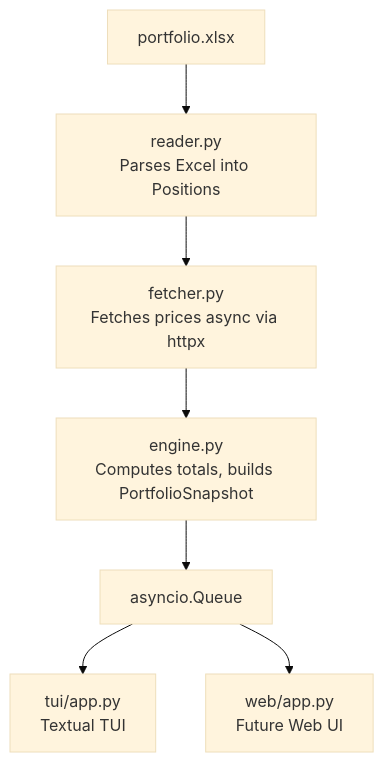
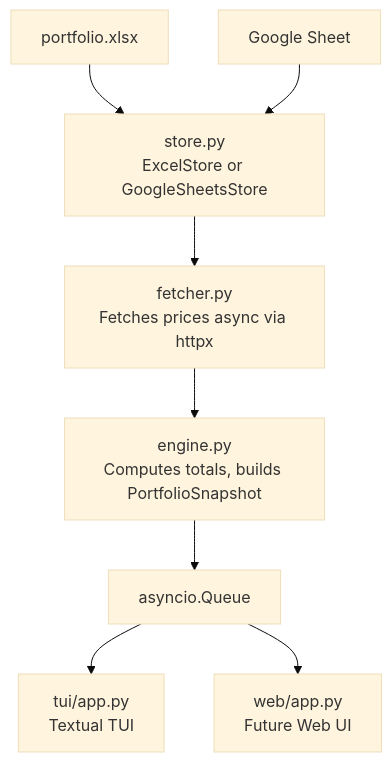
Before and after one commit to lermen/portfoliotracker: the first of 2 diagrams in README.md, drawn with Mermaid (base theme). The commit also changed other lines of this file, not shown here.

Commit message:
docs: explain Google Sheets setup in README

````diff
--- a/README.md
+++ b/README.md
@@ -15,9 +17,10 @@
 ```mermaid
 flowchart TD
-    A[portfolio.xlsx] --> B[reader.py\nParses Excel into Positions]
+    X[portfolio.xlsx] --> B[store.py\nExcelStore or GoogleSheetsStore]
+    Y[Google Sheet] --> B
     B --> C[fetcher.py\nFetches prices async via httpx]
     C --> D[engine.py\nComputes totals, builds PortfolioSnapshot]
     D --> E[asyncio.Queue]
     E --> F[tui/app.py\nTextual TUI]
     E --> G[web/app.py\nFuture Web UI]
 ```
````
